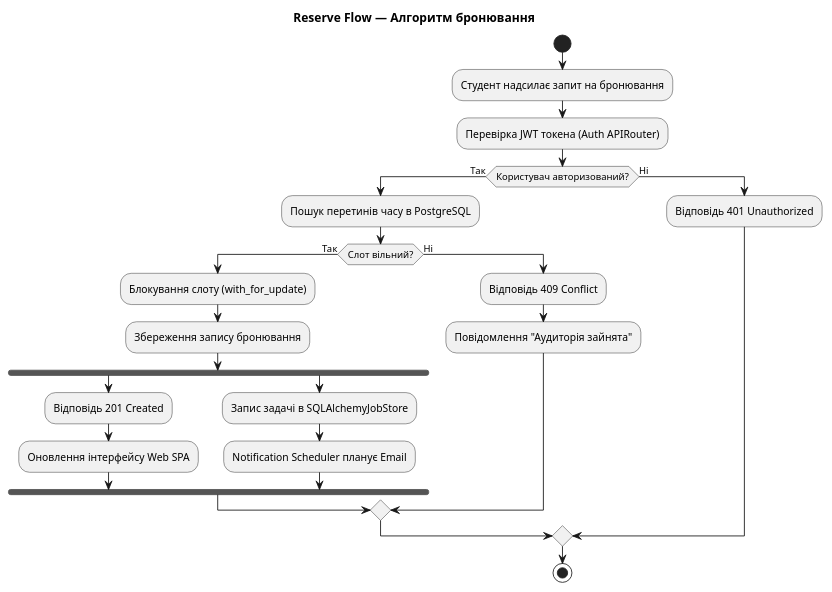
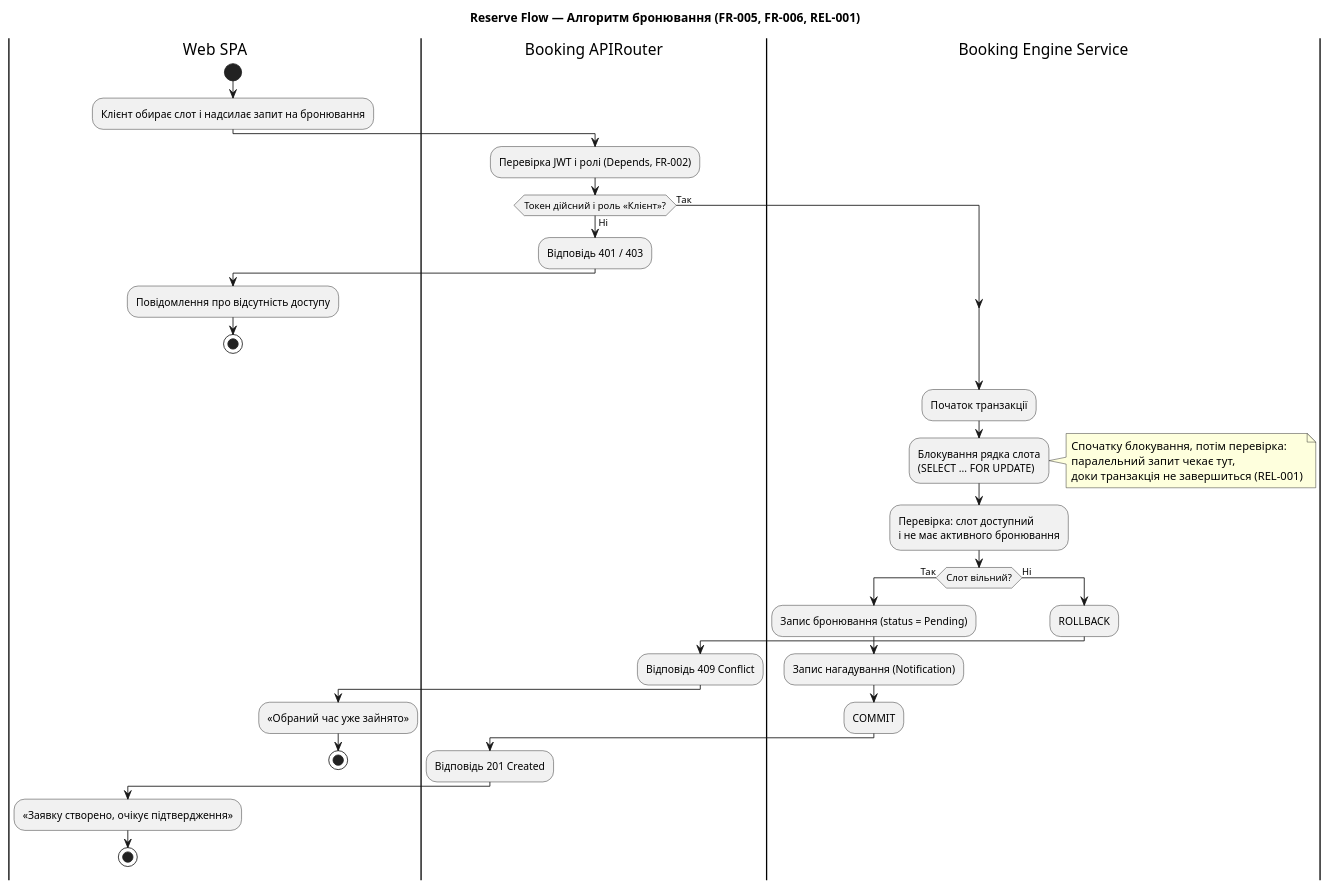
Before and after one commit to ukma-fin-ssdm-2026/reserve-flow: the diagram in docs/architecture/uml/activity-booking.puml, drawn with PlantUML. The commit also changed 2 other files, not shown here.

```diff
--- a/docs/architecture/uml/activity-booking.puml
+++ b/docs/architecture/uml/activity-booking.puml
@@ -1,32 +1,50 @@
 @startuml
 skinparam shadowing false
 
-title Reserve Flow — Алгоритм бронювання
+title Reserve Flow — Алгоритм бронювання (FR-005, FR-006, REL-001)
 
+|Web SPA|
 start
-:Студент надсилає запит на бронювання;
-:Перевірка JWT токена (Auth APIRouter);
+:Клієнт обирає слот і надсилає запит на бронювання;
 
-if (Користувач авторизований?) then (Так)
-  :Пошук перетинів часу в PostgreSQL;
-  if (Слот вільний?) then (Так)
-    :Блокування слоту (with_for_update);
-    :Збереження запису бронювання;
-    
-    fork
-      :Відповідь 201 Created;
-      :Оновлення інтерфейсу Web SPA;
-    fork again
-      :Запис задачі в SQLAlchemyJobStore;
-      :Notification Scheduler планує Email;
-    end fork
-  else (Ні)
-    :Відповідь 409 Conflict;
-    :Повідомлення "Аудиторія зайнята";
-  endif
+|Booking APIRouter|
+:Перевірка JWT і ролі (Depends, FR-002);
+if (Токен дійсний і роль «Клієнт»?) then (Так)
 else (Ні)
-  :Відповідь 401 Unauthorized;
+  :Відповідь 401 / 403;
+  |Web SPA|
+  :Повідомлення про відсутність доступу;
+  stop
 endif
 
-stop
+|Booking Engine Service|
+:Початок транзакції;
+:Блокування рядка слота\n(SELECT ... FOR UPDATE);
+note right
+  Спочатку блокування, потім перевірка:
+  паралельний запит чекає тут,
+  доки транзакція не завершиться (REL-001)
+end note
+:Перевірка: слот доступний\nі не має активного бронювання;
+
+if (Слот вільний?) then (Так)
+  :Запис бронювання (status = Pending);
+  :Запис нагадування (Notification);
+  :COMMIT;
+  |Booking APIRouter|
+  :Відповідь 201 Created;
+  |Web SPA|
+  :«Заявку створено, очікує підтвердження»;
+  stop
+else (Ні)
+  |Booking Engine Service|
+  :ROLLBACK;
+  |Booking APIRouter|
+  :Відповідь 409 Conflict;
+  |Web SPA|
+  :«Обраний час уже зайнято»;
+  stop
+endif
+
+' --- Використання ШІ: виправлену версію підготовлено за допомогою ШІ Claude на основі попередньої діаграми команди, HLD і моделі даних. Перевірено і затверджено командою ---
 @enduml
```
